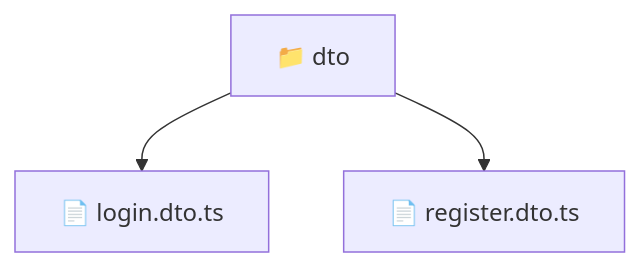
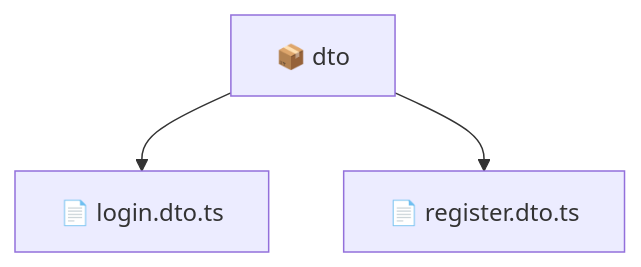
The diagram in backend/src/modules/auth/dto/README.md (beginwebdev2002/fullstack-mavluda), drawn with Mermaid before and after one commit. The commit also changed other lines of this file and 165 other files, not shown here.

First line of the commit message:
docs: generate localized architectural READMEs

````diff
--- a/backend/src/modules/auth/dto/README.md
+++ b/backend/src/modules/auth/dto/README.md
@@ -10,6 +9,6 @@
 ```mermaid
 graph TD
-  Root["📁 dto"]
-  Root --> logindtots["📄 login.dto.ts"]
-  Root --> registerdtots["📄 register.dto.ts"]
+  dto["📦 dto"]
+  dto --> login_dto_ts["📄 login.dto.ts"]
+  dto --> register_dto_ts["📄 register.dto.ts"]
 ```
````
